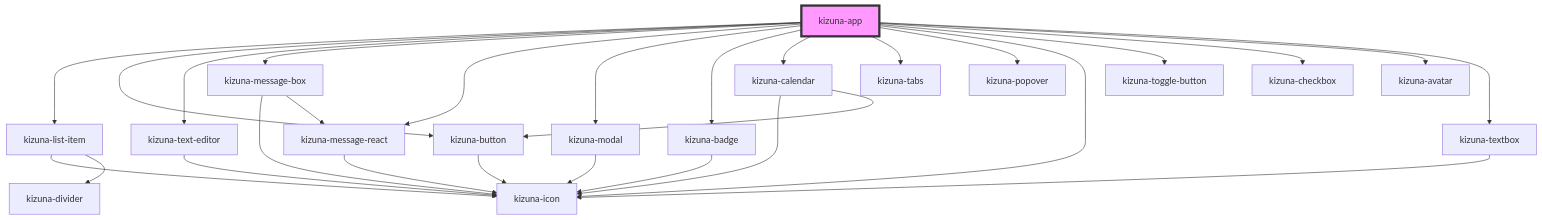
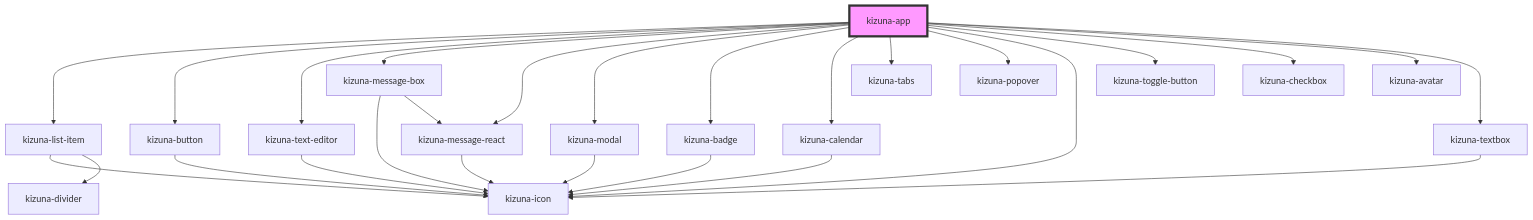
Before and after one commit to hc-institute-japan/kizunakit: the diagram in kizuna-design-kit/src/components/App/readme.md, drawn with Mermaid. The commit also changed 21 other files, not shown here.

````diff
--- a/kizuna-design-kit/src/components/App/readme.md
+++ b/kizuna-design-kit/src/components/App/readme.md
@@ -29,31 +29,30 @@
 ```mermaid
 graph TD;
   kizuna-app --> kizuna-list-item
   kizuna-app --> kizuna-button
   kizuna-app --> kizuna-text-editor
   kizuna-app --> kizuna-message-box
   kizuna-app --> kizuna-message-react
   kizuna-app --> kizuna-modal
   kizuna-app --> kizuna-badge
   kizuna-app --> kizuna-calendar
   kizuna-app --> kizuna-tabs
   kizuna-app --> kizuna-popover
   kizuna-app --> kizuna-icon
   kizuna-app --> kizuna-toggle-button
   kizuna-app --> kizuna-checkbox
   kizuna-app --> kizuna-avatar
   kizuna-app --> kizuna-textbox
   kizuna-list-item --> kizuna-icon
   kizuna-list-item --> kizuna-divider
   kizuna-button --> kizuna-icon
   kizuna-text-editor --> kizuna-icon
   kizuna-message-box --> kizuna-icon
   kizuna-message-box --> kizuna-message-react
   kizuna-message-react --> kizuna-icon
   kizuna-modal --> kizuna-icon
   kizuna-badge --> kizuna-icon
   kizuna-calendar --> kizuna-icon
-  kizuna-calendar --> kizuna-button
   kizuna-textbox --> kizuna-icon
   style kizuna-app fill:#f9f,stroke:#333,stroke-width:4px
 ```
````
